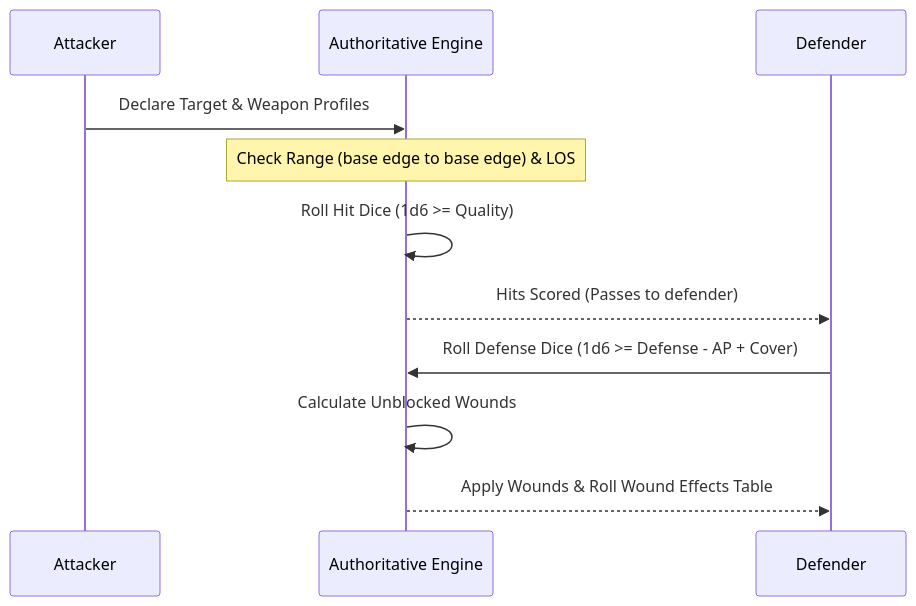
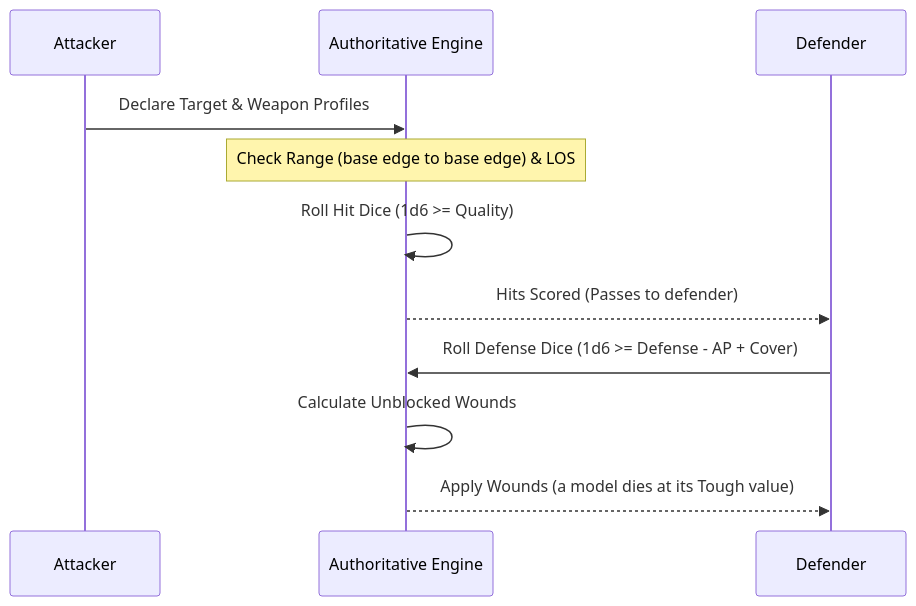
Before and after one commit to devianweb/skirmish-lab: the second of 2 diagrams in doc/RULES_SPECIFICATION.md, drawn with Mermaid. The commit also changed other lines of this file and 33 other files, not shown here.

````diff
--- a/doc/RULES_SPECIFICATION.md
+++ b/doc/RULES_SPECIFICATION.md
@@ -118,14 +118,14 @@
 ```mermaid
 sequenceDiagram
     participant Attacker
     participant Server as Authoritative Engine
     participant Defender
 
     Attacker->>Server: Declare Target & Weapon Profiles
     Note over Server: Check Range (base edge to base edge) & LOS
     Server->>Server: Roll Hit Dice (1d6 >= Quality)
     Server-->>Defender: Hits Scored (Passes to defender)
     Defender->>Server: Roll Defense Dice (1d6 >= Defense - AP + Cover)
     Server->>Server: Calculate Unblocked Wounds
-    Server-->>Defender: Apply Wounds & Roll Wound Effects Table
+    Server-->>Defender: Apply Wounds (a model dies at its Tough value)
 ```
````
